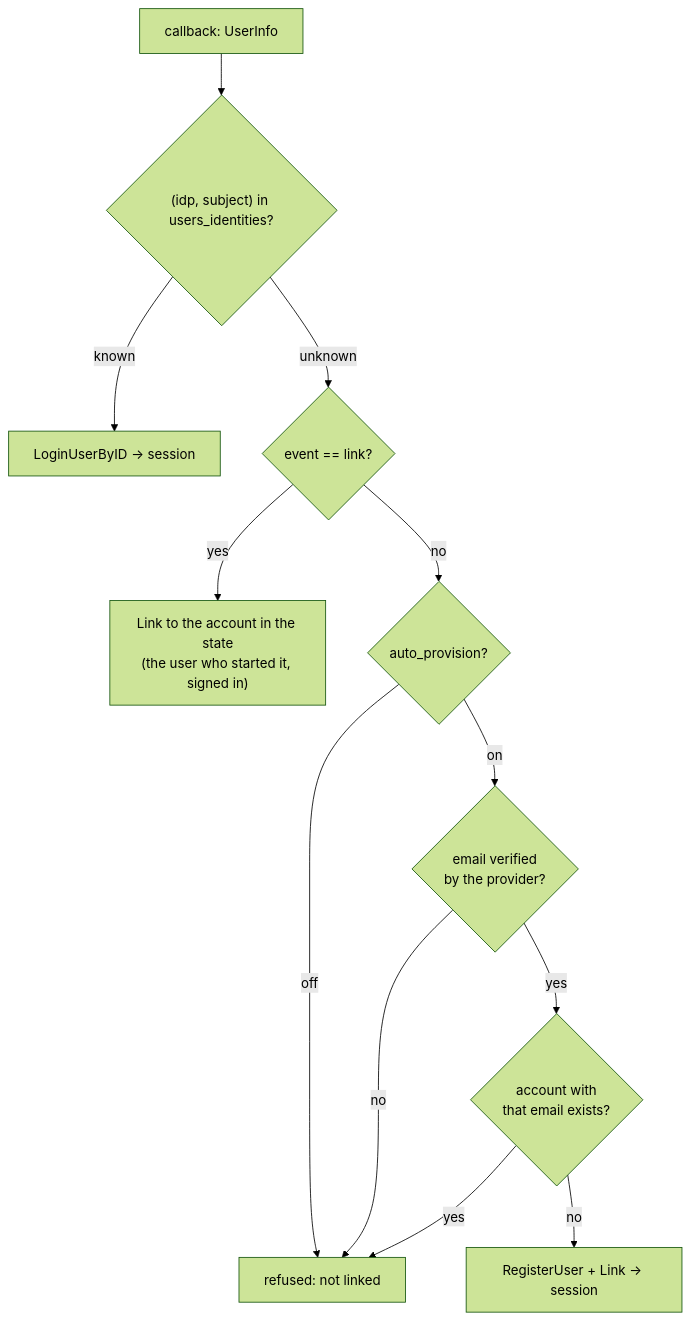
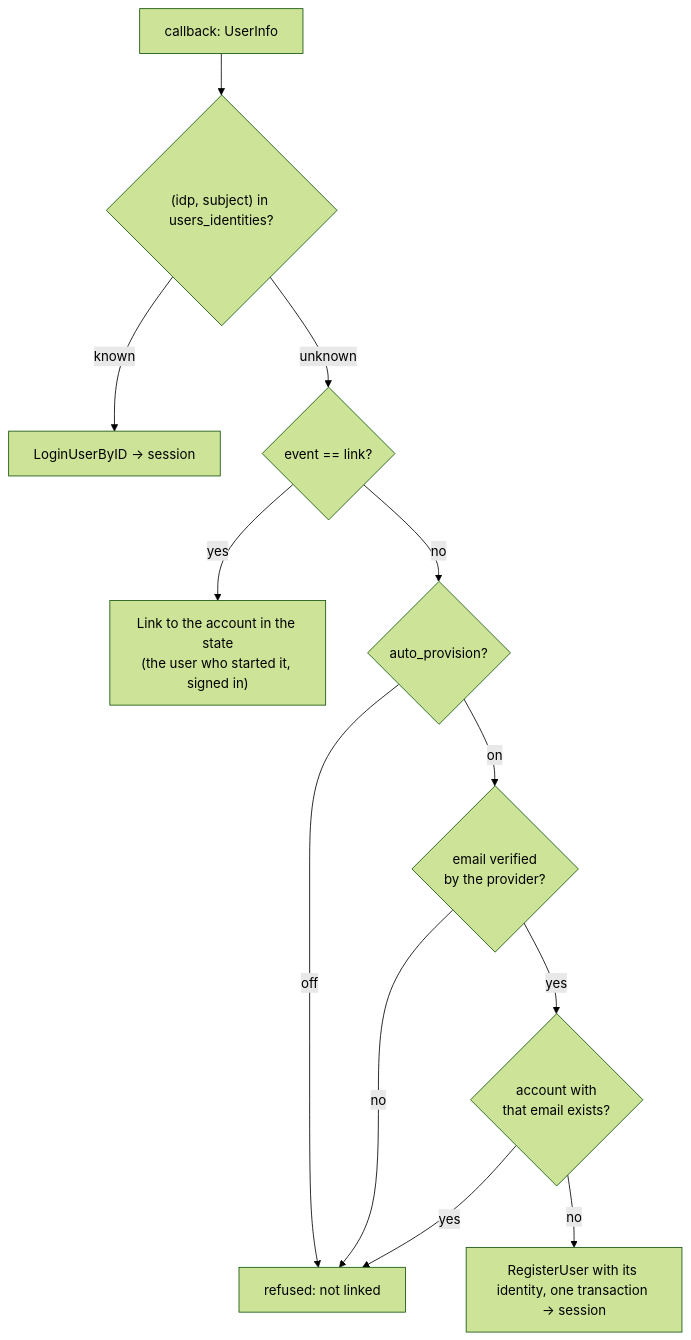
One commit to p2p-b2b/go-rest-api-service-template changed the third of 8 diagrams in docs/architecture/identity-providers.md. Above: the diagram before and after it, drawn with Mermaid (forest theme). The commit also changed other lines of this file and 22 other files, not shown here.

First line of the commit message:
fix(idps): a first sign-in stores the account and its identity in one transaction (#151)

````diff
--- a/docs/architecture/identity-providers.md
+++ b/docs/architecture/identity-providers.md
@@ -136,14 +136,14 @@
 ```mermaid
 flowchart TD
     CB[callback: UserInfo] --> R{"(idp, subject) in users_identities?"}
     R -- known --> L[LoginUserByID → session]
     R -- unknown --> E{event == link?}
     E -- yes --> LK["Link to the account in the state<br/>(the user who started it, signed in)"]
     E -- no --> AP{auto_provision?}
     AP -- off --> REF[refused: not linked]
     AP -- on --> EV{email verified<br/>by the provider?}
     EV -- no --> REF
     EV -- yes --> EX{account with<br/>that email exists?}
     EX -- yes --> REF
-    EX -- no --> NEW[RegisterUser + Link → session]
+    EX -- no --> NEW[RegisterUser with its identity, one transaction → session]
 ```
````
